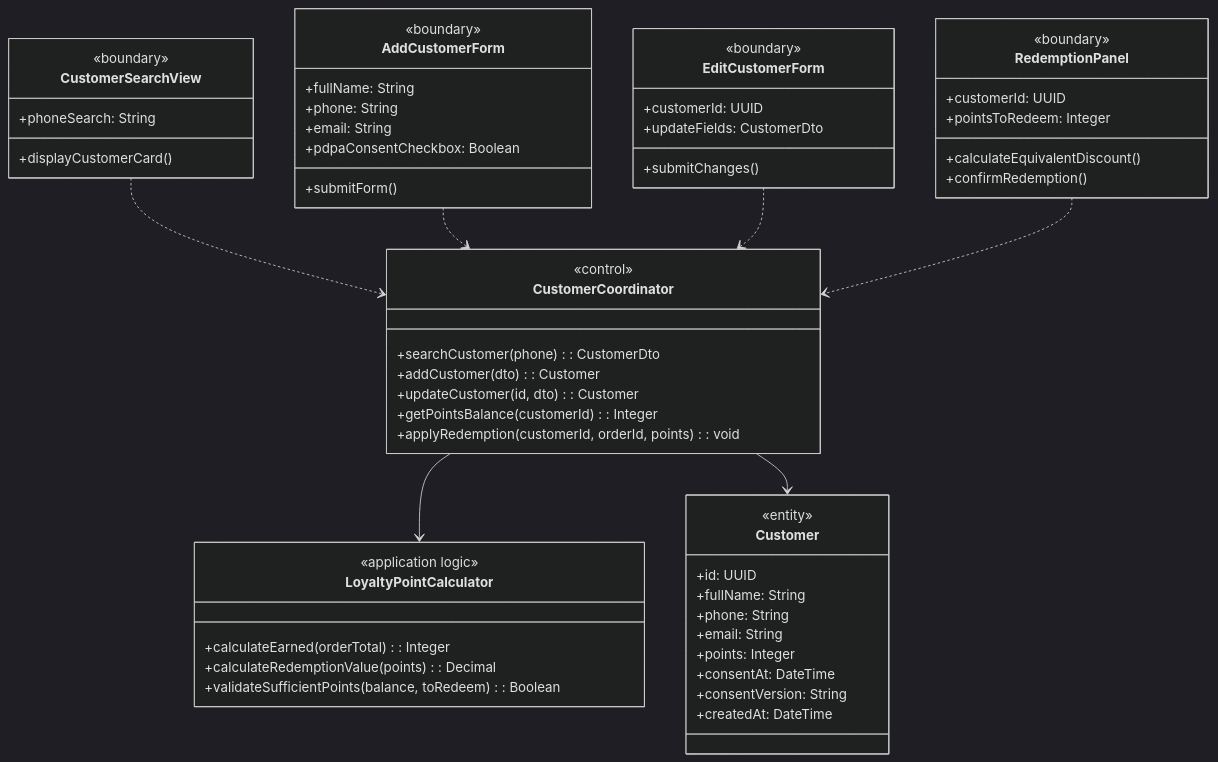
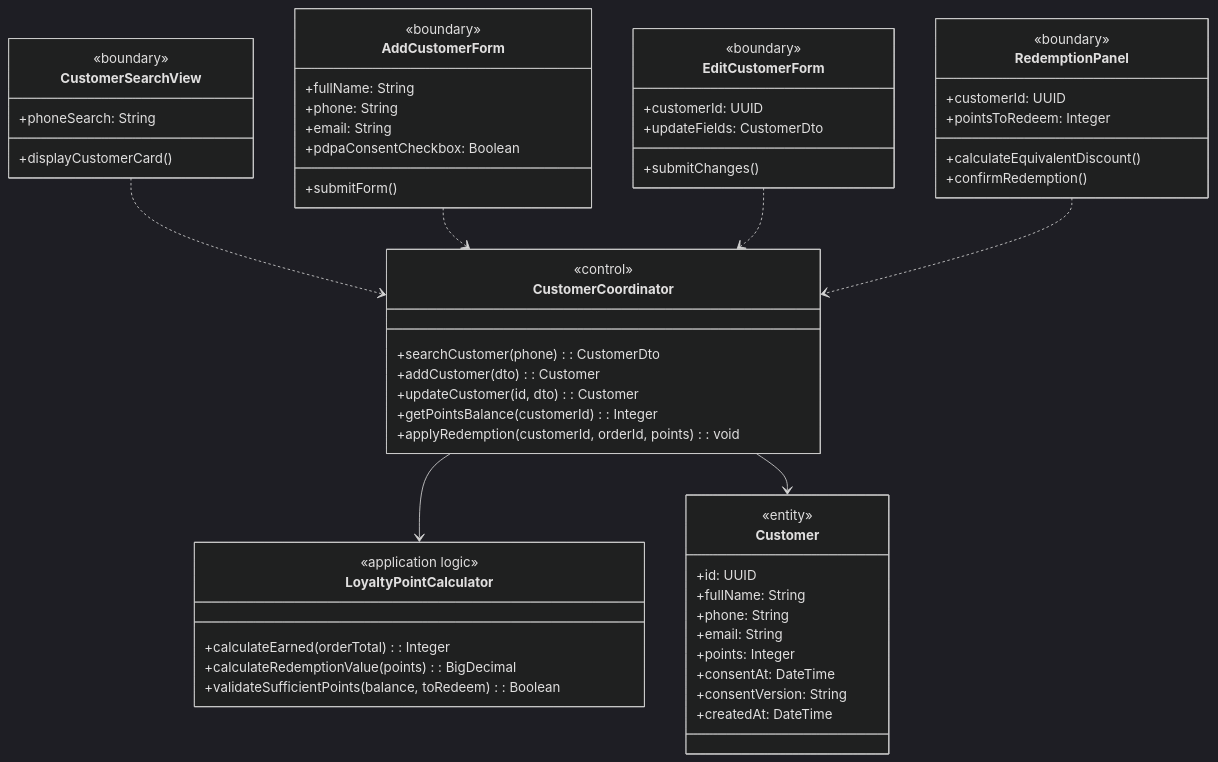
Before and after one commit to Shaichi/Khoga_coffe_shop: the first of 3 diagrams in rds_sections/08_detailed_3_5_customer_membership.md, drawn with Mermaid (dark theme). The commit also changed other lines of this file and 13 other files, not shown here.

Commit message:
docs(rds): Update User entity fields and change Decimal to BigDecimal

````diff
--- a/rds_sections/08_detailed_3_5_customer_membership.md
+++ b/rds_sections/08_detailed_3_5_customer_membership.md
@@ -9,61 +9,61 @@
 ```mermaid
 classDiagram
     class CustomerSearchView {
         <<boundary>>
         +phoneSearch: String
         +displayCustomerCard()
     }
     class AddCustomerForm {
         <<boundary>>
         +fullName: String
         +phone: String
         +email: String
         +pdpaConsentCheckbox: Boolean
         +submitForm()
     }
     class EditCustomerForm {
         <<boundary>>
         +customerId: UUID
         +updateFields: CustomerDto
         +submitChanges()
     }
     class RedemptionPanel {
         <<boundary>>
         +customerId: UUID
         +pointsToRedeem: Integer
         +calculateEquivalentDiscount()
         +confirmRedemption()
     }
     class CustomerCoordinator {
         <<control>>
         +searchCustomer(phone): CustomerDto
         +addCustomer(dto): Customer
         +updateCustomer(id, dto): Customer
         +getPointsBalance(customerId): Integer
         +applyRedemption(customerId, orderId, points): void
     }
     class LoyaltyPointCalculator {
         <<application logic>>
         +calculateEarned(orderTotal): Integer
-        +calculateRedemptionValue(points): Decimal
+        +calculateRedemptionValue(points): BigDecimal
         +validateSufficientPoints(balance, toRedeem): Boolean
     }
     class Customer {
         <<entity>>
         +id: UUID
         +fullName: String
         +phone: String
         +email: String
         +points: Integer
         +consentAt: DateTime
         +consentVersion: String
         +createdAt: DateTime
     }
 
     CustomerSearchView ..> CustomerCoordinator
     AddCustomerForm ..> CustomerCoordinator
     EditCustomerForm ..> CustomerCoordinator
     RedemptionPanel ..> CustomerCoordinator
     CustomerCoordinator --> LoyaltyPointCalculator
     CustomerCoordinator --> Customer
 ```
````
